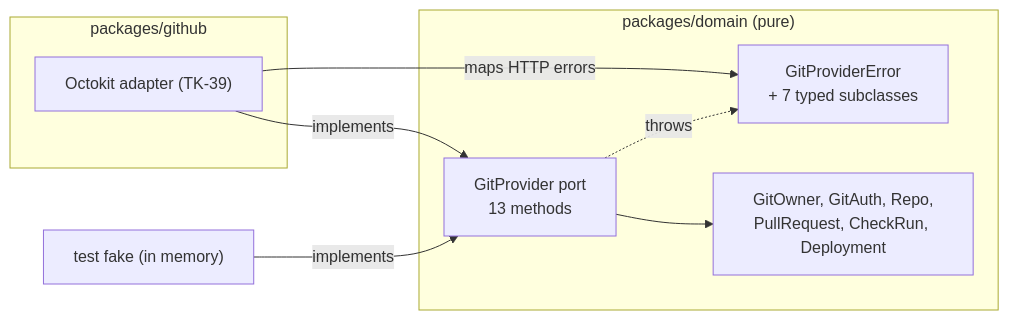
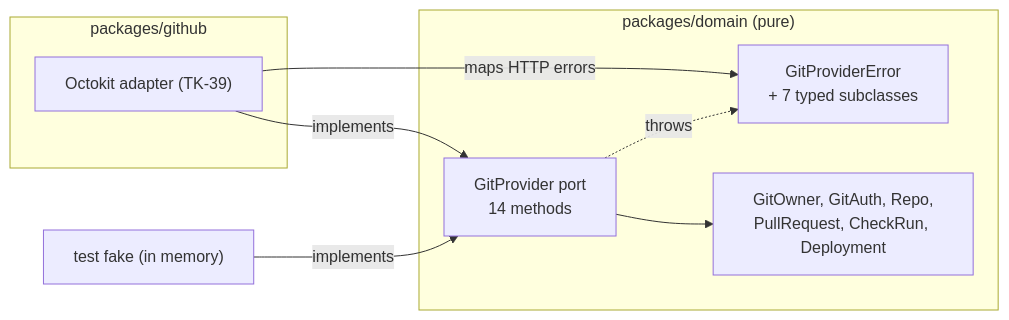
Diagram 21 of 30 in docs/architecture.md (koklo-dev/koklo), drawn with Mermaid before and after one commit. The commit also changed other lines of this file and 53 other files, not shown here.

````diff
--- a/docs/architecture.md
+++ b/docs/architecture.md
@@ -635,17 +635,17 @@
 ```mermaid
 flowchart LR
   subgraph domain["packages/domain (pure)"]
-    Port["GitProvider port<br/>13 methods"]
+    Port["GitProvider port<br/>14 methods"]
     Types["GitOwner, GitAuth, Repo,<br/>PullRequest, CheckRun, Deployment"]
     Errors["GitProviderError<br/>+ 7 typed subclasses"]
     Port --> Types
     Port -. throws .-> Errors
   end
   subgraph github["packages/github"]
     Adapter["Octokit adapter (TK-39)"]
   end
   Fake["test fake (in memory)"]
   Adapter -- implements --> Port
   Fake -- implements --> Port
   Adapter -- maps HTTP errors --> Errors
 ```
````
